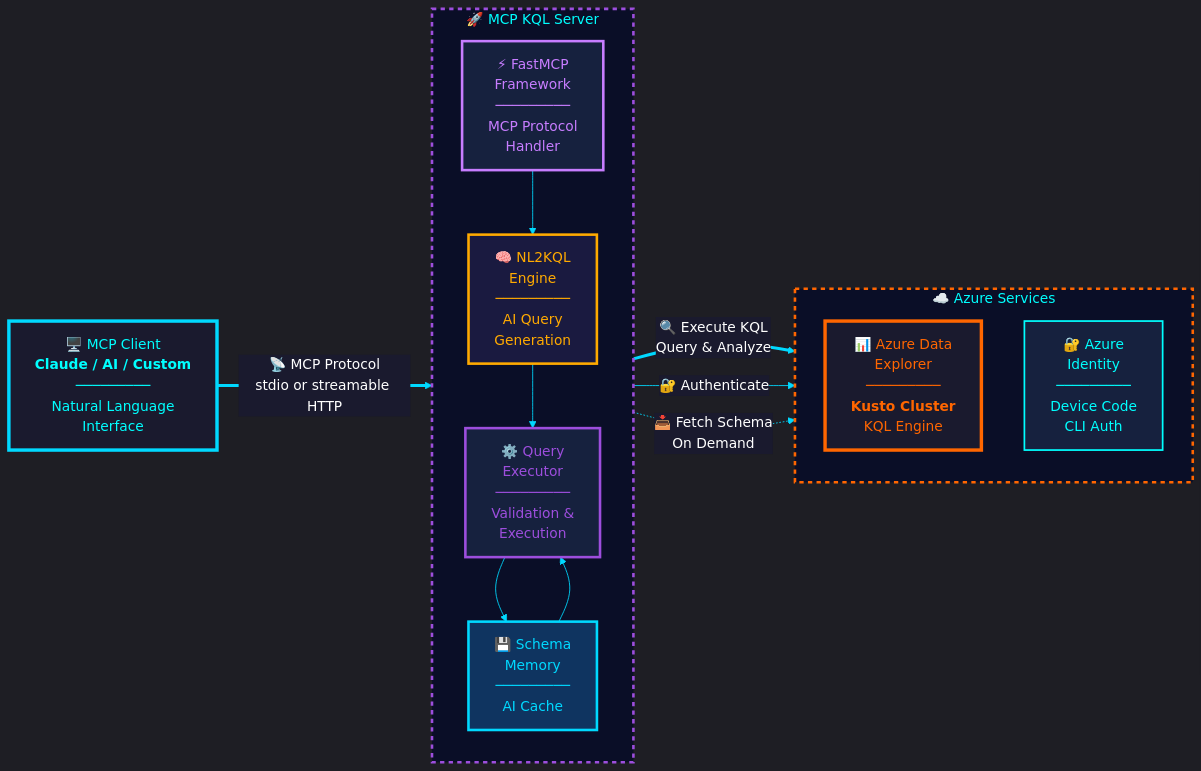
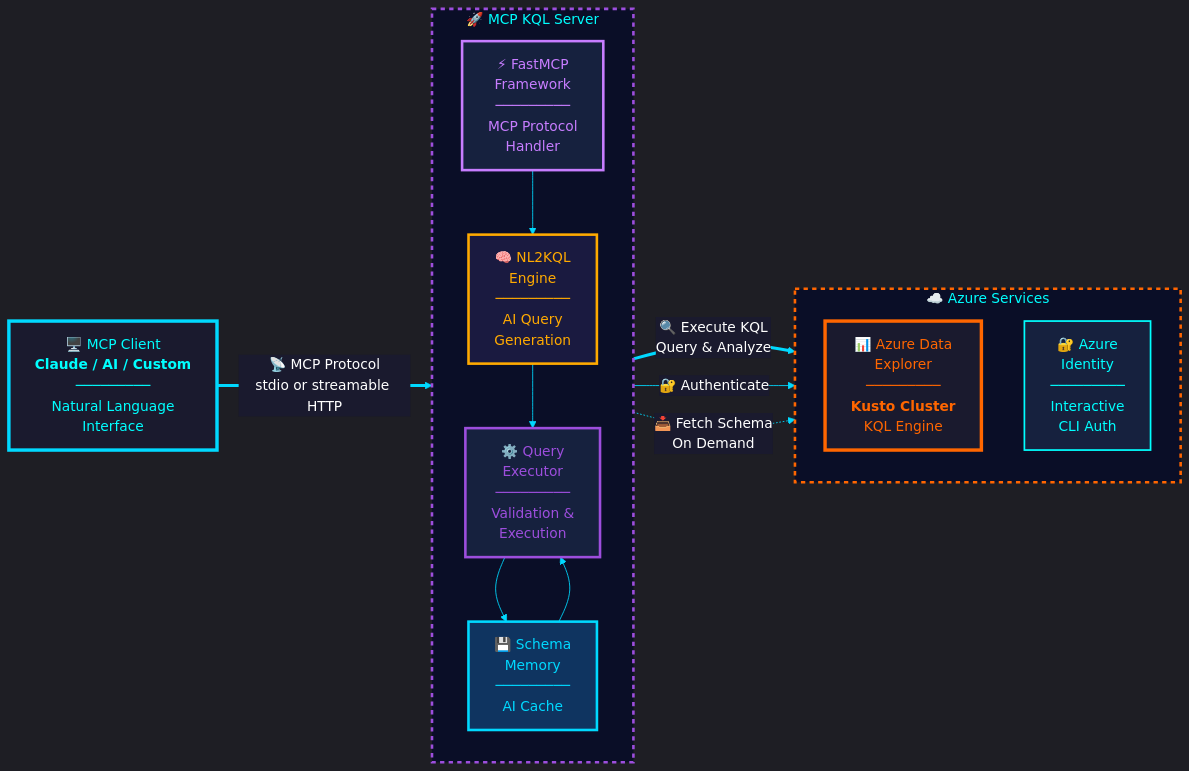
One commit to 4R9UN/mcp-kql-server changed the third of 3 diagrams in README.md. Above: the diagram before and after it, drawn with Mermaid. The commit also changed other lines of this file and 34 other files, not shown here.

````diff
--- a/README.md
+++ b/README.md
@@ -404,65 +417,65 @@
 ```mermaid
 %%{init: {'theme':'dark', 'themeVariables': {
   'primaryColor':'#1a1a2e',
   'primaryTextColor':'#00d9ff',
   'primaryBorderColor':'#00d9ff',
   'secondaryColor':'#16213e',
   'secondaryTextColor':'#c77dff',
   'secondaryBorderColor':'#c77dff',
   'tertiaryColor':'#0f3460',
   'tertiaryTextColor':'#ffaa00',
   'tertiaryBorderColor':'#ffaa00',
   'lineColor':'#00d9ff',
   'textColor':'#ffffff',
   'mainBkg':'#0a0e27',
   'nodeBorder':'#00d9ff',
   'clusterBkg':'#16213e',
   'clusterBorder':'#9d4edd',
   'titleColor':'#00ffff',
   'edgeLabelBackground':'#1a1a2e',
   'fontFamily':'Inter, Segoe UI, sans-serif',
   'fontSize':'16px',
   'flowchart':{'nodeSpacing':60, 'rankSpacing':80, 'curve':'basis', 'padding':20}
 }}}%%
 graph LR
     Client["🖥️ MCP Client<br/><b>Claude / AI / Custom</b><br/>─────────<br/>Natural Language<br/>Interface"]
-    
+
     subgraph Server["🚀 MCP KQL Server"]
         direction TB
         FastMCP["⚡ FastMCP<br/>Framework<br/>─────────<br/>MCP Protocol<br/>Handler"]
         NL2KQL["🧠 NL2KQL<br/>Engine<br/>─────────<br/>AI Query<br/>Generation"]
         Executor["⚙️ Query<br/>Executor<br/>─────────<br/>Validation &<br/>Execution"]
         Memory["💾 Schema<br/>Memory<br/>─────────<br/>AI Cache"]
-        
+
         FastMCP --> NL2KQL
         NL2KQL --> Executor
         Executor --> Memory
         Memory --> Executor
     end
-    
+
     subgraph Azure["☁️ Azure Services"]
         direction TB
         ADX["📊 Azure Data<br/>Explorer<br/>─────────<br/><b>Kusto Cluster</b><br/>KQL Engine"]
-        Auth["🔐 Azure<br/>Identity<br/>─────────<br/>Device Code<br/>CLI Auth"]
+        Auth["🔐 Azure<br/>Identity<br/>─────────<br/>Interactive<br/>CLI Auth"]
     end
-    
+
     %% Client to Server
     Client ==>|"📡 MCP Protocol<br/>stdio or streamable HTTP"| FastMCP
-    
+
     %% Server to Azure
     Executor ==>|"🔍 Execute KQL<br/>Query & Analyze"| ADX
     Executor -->|"🔐 Authenticate"| Auth
     Memory -.->|"📥 Fetch Schema<br/>On Demand"| ADX
-    
+
     %% Styling - Using cyberpunk palette
     style Client fill:#1a1a2e,stroke:#00d9ff,stroke-width:4px,color:#00ffff
     style FastMCP fill:#16213e,stroke:#c77dff,stroke-width:3px,color:#c77dff
     style NL2KQL fill:#1a1a40,stroke:#ffaa00,stroke-width:3px,color:#ffaa00
     style Executor fill:#16213e,stroke:#9d4edd,stroke-width:3px,color:#9d4edd
     style Memory fill:#0f3460,stroke:#00d9ff,stroke-width:3px,color:#00d9ff
     style ADX fill:#1a1a2e,stroke:#ff6600,stroke-width:4px,color:#ff6600
     style Auth fill:#16213e,stroke:#00ffff,stroke-width:2px,color:#00ffff
-    
+
     style Server fill:#0a0e27,stroke:#9d4edd,stroke-width:3px,stroke-dasharray: 5 5
     style Azure fill:#0a0e27,stroke:#ff6600,stroke-width:3px,stroke-dasharray: 5 5
 ```
````
